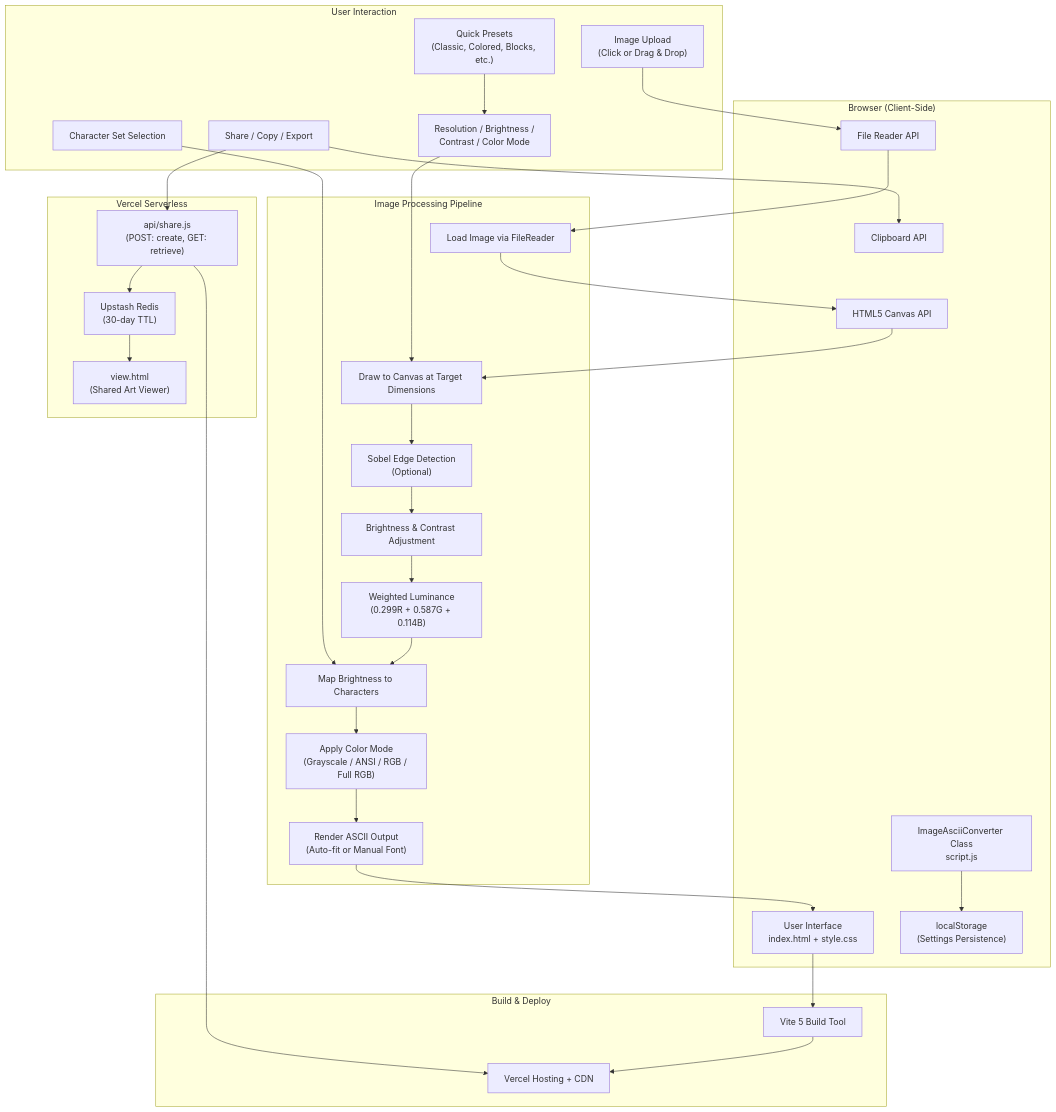
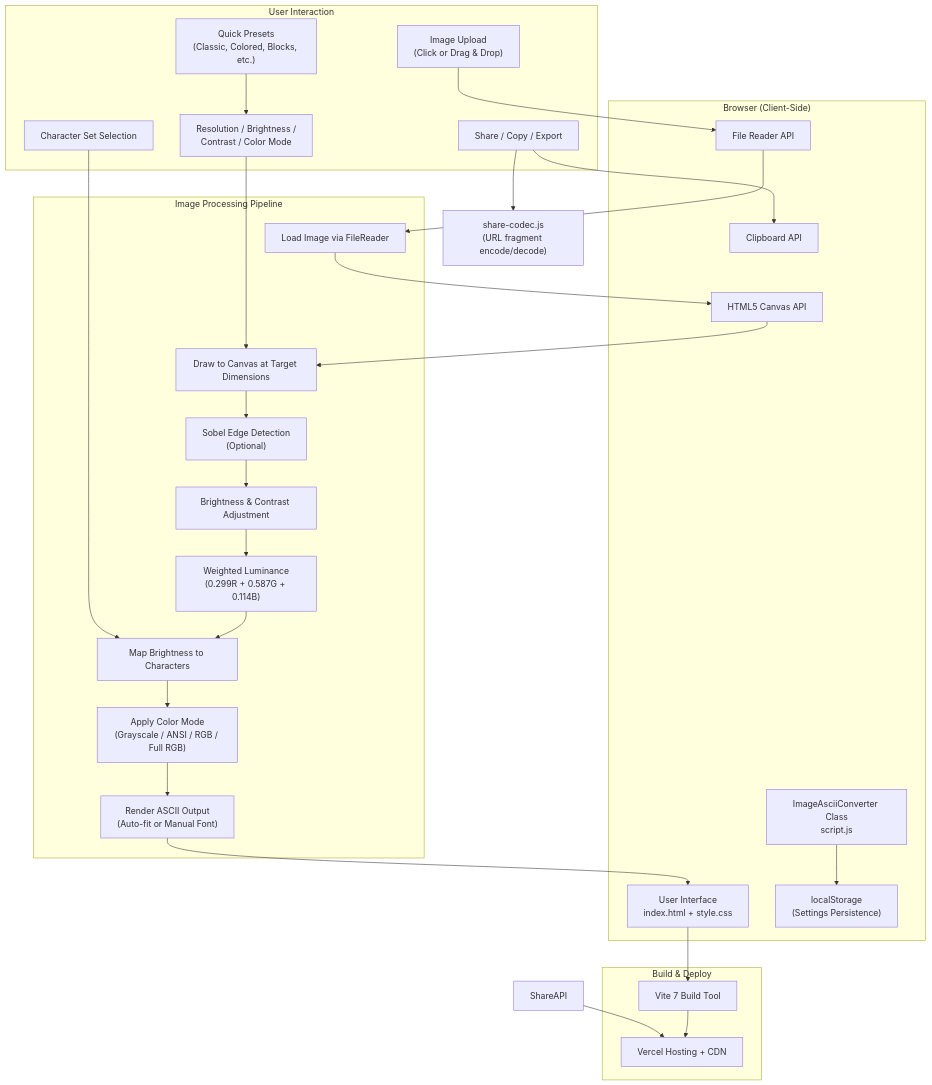
The first of 2 diagrams in .portfolio/architecture.md (Technical-1/Image-To-Ascii-Vite), drawn with Mermaid before and after one commit. The commit also changed other lines of this file and 5 other files, not shown here.

````diff
--- a/.portfolio/architecture.md
+++ b/.portfolio/architecture.md
@@ -5,65 +5,59 @@
 ```mermaid
 flowchart TB
     subgraph Client["Browser (Client-Side)"]
         UI["User Interface<br/>index.html + style.css"]
         Converter["ImageAsciiConverter Class<br/>script.js"]
         Canvas["HTML5 Canvas API"]
         FileAPI["File Reader API"]
         Clipboard["Clipboard API"]
         Storage["localStorage<br/>(Settings Persistence)"]
     end
 
     subgraph UserInteraction["User Interaction"]
         Upload["Image Upload<br/>(Click or Drag & Drop)"]
         Controls["Resolution / Brightness /<br/>Contrast / Color Mode"]
         CharSet["Character Set Selection"]
         Presets["Quick Presets<br/>(Classic, Colored, Blocks, etc.)"]
         Actions["Share / Copy / Export"]
     end
 
     subgraph Processing["Image Processing Pipeline"]
         Load["Load Image via FileReader"]
         Resize["Draw to Canvas at Target Dimensions"]
         Edge["Sobel Edge Detection<br/>(Optional)"]
         BrightContrast["Brightness & Contrast Adjustment"]
         Grayscale["Weighted Luminance<br/>(0.299R + 0.587G + 0.114B)"]
         Map["Map Brightness to Characters"]
         Colorize["Apply Color Mode<br/>(Grayscale / ANSI / RGB / Full RGB)"]
         Render["Render ASCII Output<br/>(Auto-fit or Manual Font)"]
     end
 
-    subgraph Server["Vercel Serverless"]
-        ShareAPI["api/share.js<br/>(POST: create, GET: retrieve)"]
-        Redis["Upstash Redis<br/>(30-day TTL)"]
-        ViewPage["view.html<br/>(Shared Art Viewer)"]
-    end
+    ShareCodec["share-codec.js<br/>(URL fragment encode/decode)"]
 
     Upload --> FileAPI
     FileAPI --> Load
     Load --> Canvas
     Canvas --> Resize
     Controls --> Resize
     Resize --> Edge
     Edge --> BrightContrast
     BrightContrast --> Grayscale
     Grayscale --> Map
     CharSet --> Map
     Presets --> Controls
     Map --> Colorize
     Colorize --> Render
     Render --> UI
     Actions --> Clipboard
-    Actions --> ShareAPI
-    ShareAPI --> Redis
-    Redis --> ViewPage
+    Actions --> ShareCodec
     Converter --> Storage
 
     subgraph Build["Build & Deploy"]
-        Vite["Vite 5 Build Tool"]
+        Vite["Vite 7 Build Tool"]
         Vercel["Vercel Hosting + CDN"]
     end
 
     UI --> Vite
     Vite --> Vercel
     ShareAPI --> Vercel
 ```
````
